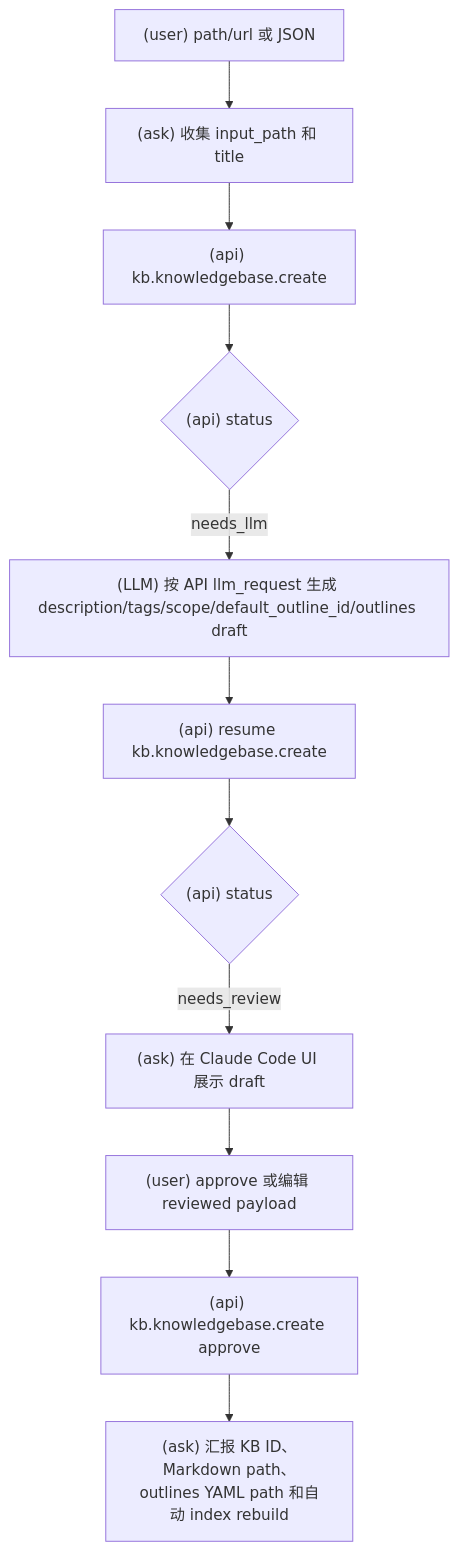
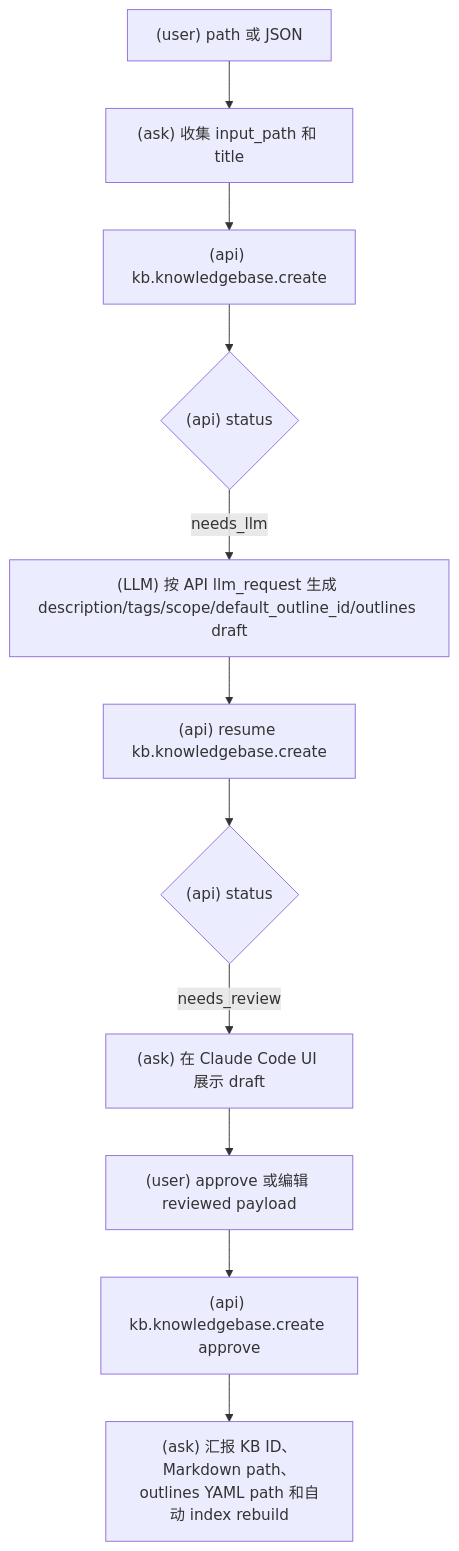
One commit to srangerme/KBManager changed the first of 6 diagrams in skills/kbm-kb/SKILL.md. Above: the diagram before and after it, drawn with Mermaid. The commit also changed other lines of this file and 17 other files, not shown here.

````diff
--- a/skills/kbm-kb/SKILL.md
+++ b/skills/kbm-kb/SKILL.md
@@ -20,13 +20,13 @@
 ```mermaid
 flowchart TD
-  A["(user) path/url 或 JSON"] --> B["(ask) 收集 input_path 和 title"]
+  A["(user) path 或 JSON"] --> B["(ask) 收集 input_path 和 title"]
   B --> C["(api) kb.knowledgebase.create"]
   C --> D{"(api) status"}
   D -- needs_llm --> E["(LLM) 按 API llm_request 生成 description/tags/scope/default_outline_id/outlines draft"]
   E --> F["(api) resume kb.knowledgebase.create"]
   F --> G{"(api) status"}
   G -- needs_review --> H["(ask) 在 Claude Code UI 展示 draft"]
   H --> I["(user) approve 或编辑 reviewed payload"]
   I --> J["(api) kb.knowledgebase.create approve"]
   J --> K["(ask) 汇报 KB ID、Markdown path、outlines YAML path 和自动 index rebuild"]
 ```
````
